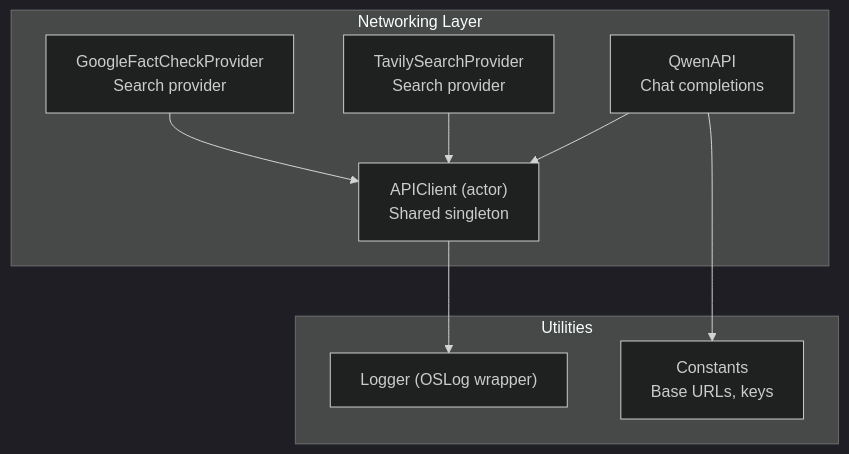
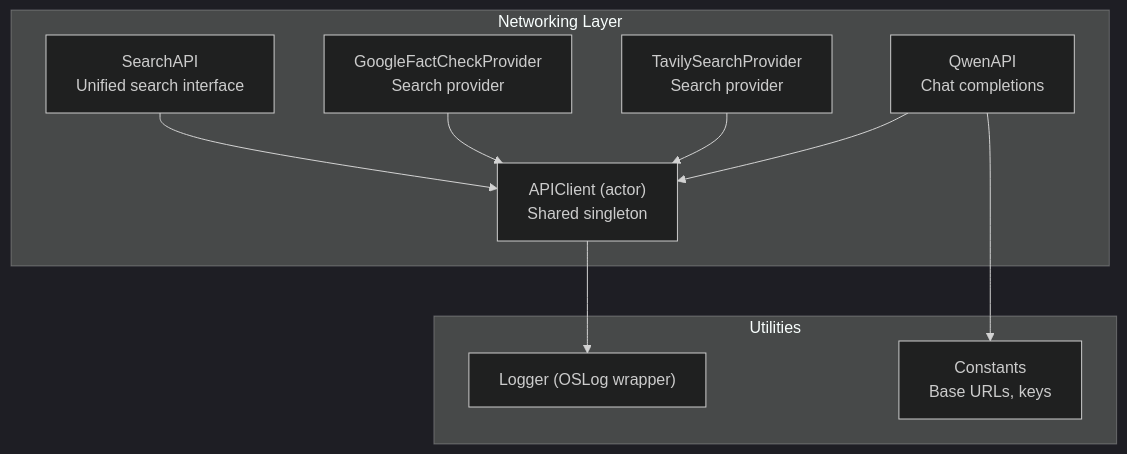
The first of 9 diagrams in .qoder/repowiki/en/content/API Reference/API Client Base Class.md (alexandreybasta-cyber/factshield-ios), drawn with Mermaid (dark theme) before and after one commit. The commit also changed other lines of this file and 97 other files, not shown here.

````diff
--- a/.qoder/repowiki/en/content/API Reference/API Client Base Class.md
+++ b/.qoder/repowiki/en/content/API Reference/API Client Base Class.md
@@ -31,18 +40,20 @@
 ```mermaid
 graph TB
 subgraph "Networking Layer"
 APIClient["APIClient (actor)<br/>Shared singleton"]
 QwenAPI["QwenAPI<br/>Chat completions"]
 Tavily["TavilySearchProvider<br/>Search provider"]
 GoogleFC["GoogleFactCheckProvider<br/>Search provider"]
+SearchAPI["SearchAPI<br/>Unified search interface"]
 end
 subgraph "Utilities"
 Logger["Logger (OSLog wrapper)"]
 Constants["Constants<br/>Base URLs, keys"]
 end
 APIClient --> Logger
 QwenAPI --> APIClient
 Tavily --> APIClient
 GoogleFC --> APIClient
+SearchAPI --> APIClient
 QwenAPI --> Constants
 ```
````
